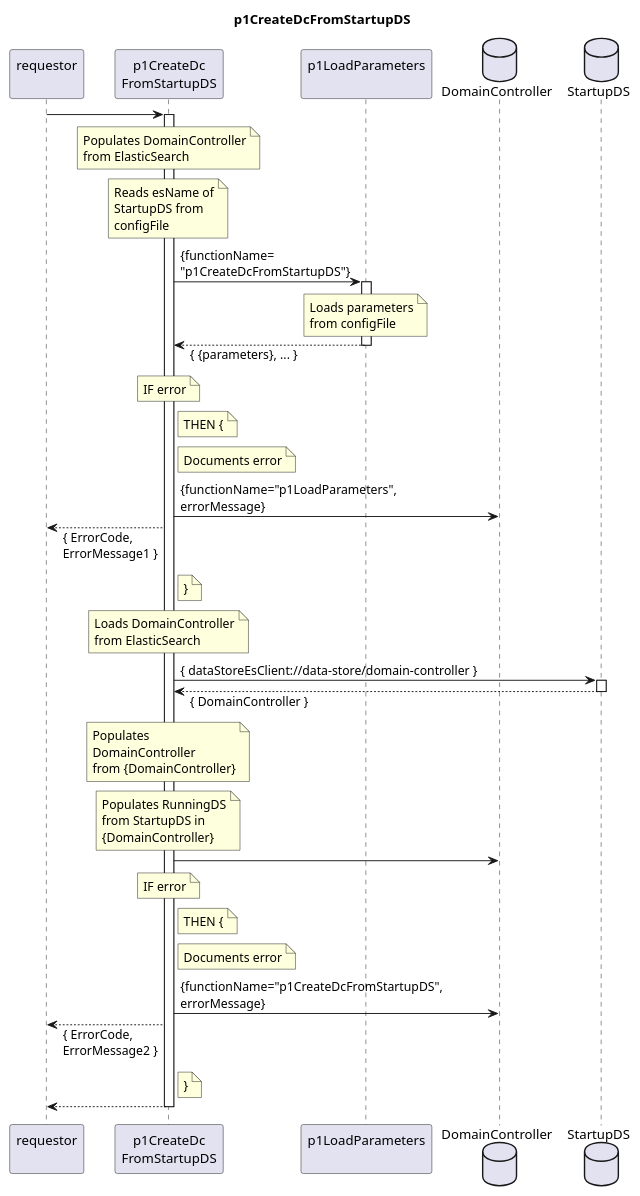
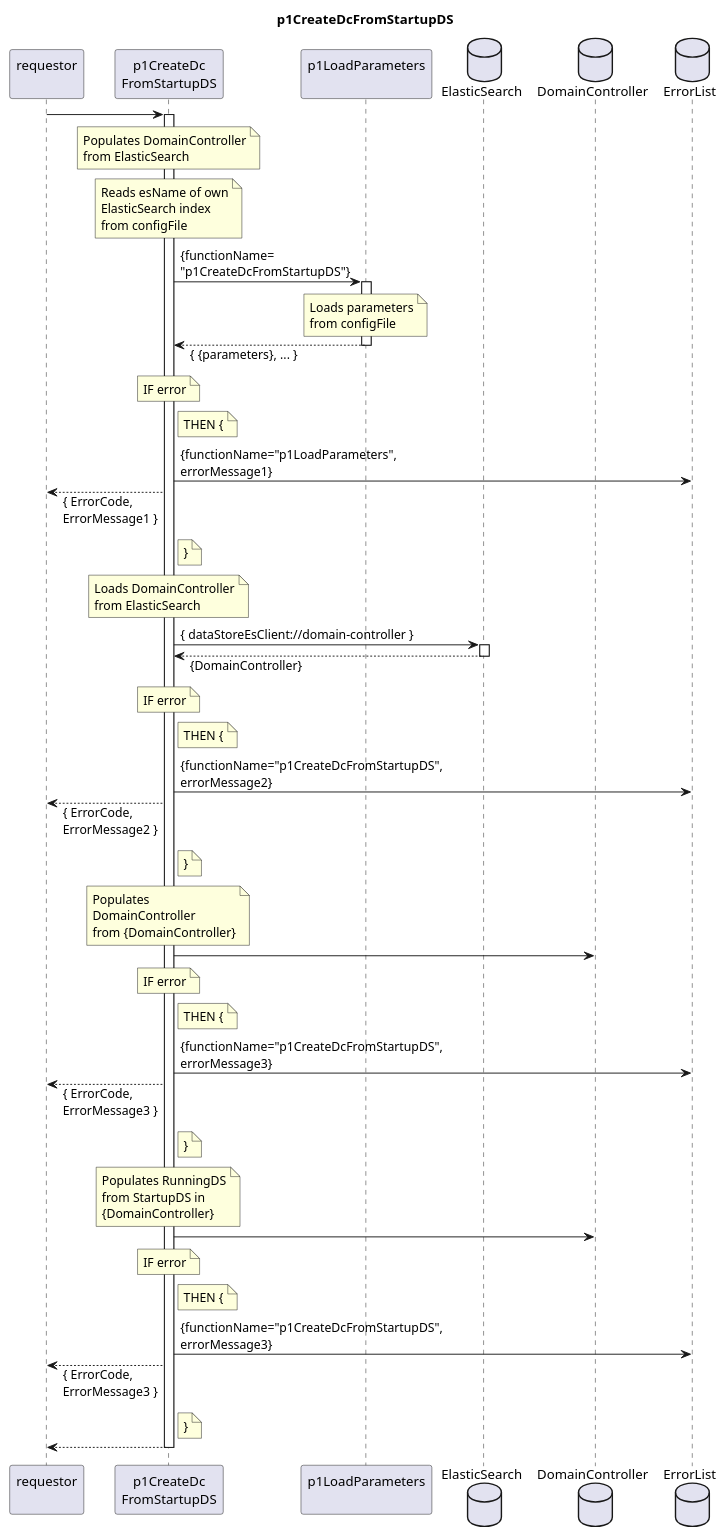
One commit to openBackhaul/FirmWareManager changed the diagram in spec/Functions/Administrative/p1CreateDcFromStartupDS/1.0.0/p1CreateDcFromStartupDS.plantuml. Above: the diagram before and after it, drawn with PlantUML. The commit also changed 14 other files, not shown here.

Commit message:
Finalize sequence in p1LoadEsAddresses

```diff
--- a/spec/Functions/Administrative/p1CreateDcFromStartupDS/1.0.0/p1CreateDcFromStartupDS.plantuml
+++ b/spec/Functions/Administrative/p1CreateDcFromStartupDS/1.0.0/p1CreateDcFromStartupDS.plantuml
@@ -1,86 +1,106 @@
 @startuml p1CreateDcFromStartupDS
 skinparam responseMessageBelowArrow true
 
 title
   p1CreateDcFromStartupDS
 end title
 
 participant "requestor\n" as requestor
 participant "p1CreateDc\nFromStartupDS" as p1CDCFS
 participant "p1LoadParameters\n" as p1LP
+database "ElasticSearch" as StartDS
 database "DomainController" as DC
-database "StartupDS" as StartDS
+database "ErrorList" as hEL
 
 requestor -> p1CDCFS
 activate p1CDCFS
   note over p1CDCFS
     Populates DomainController
     from ElasticSearch
   end note
 
   note over p1CDCFS
-    Reads esName of
-    StartupDS from
-    configFile
+    Reads esName of own
+    ElasticSearch index
+    from configFile
   end note
   p1CDCFS -> p1LP : {functionName=\n"p1CreateDcFromStartupDS"}
   activate p1LP
     note over p1LP
       Loads parameters
       from configFile
     end note
   p1CDCFS <-- p1LP : { {parameters}, ... }
   deactivate p1LP
   note over p1CDCFS
     IF error
   end note
   note right p1CDCFS
     THEN {
   end note
-  note right p1CDCFS
-    Documents error
-  end note
-  p1CDCFS -> DC : {functionName="p1LoadParameters",\nerrorMessage}
+  p1CDCFS -> hEL : {functionName="p1LoadParameters",\nerrorMessage1}
   requestor <-- p1CDCFS : { ErrorCode,\nErrorMessage1 }
   note right p1CDCFS
     }
   end note
 
   note over p1CDCFS
     Loads DomainController
     from ElasticSearch
   end note
-  p1CDCFS -> StartDS: { dataStoreEsClient://data-store/domain-controller }
+  p1CDCFS -> StartDS: { dataStoreEsClient://domain-controller }
   activate StartDS
-  p1CDCFS <-- StartDS: { DomainController }
+  p1CDCFS <-- StartDS: {DomainController}
   deactivate StartDS
+  note over p1CDCFS
+    IF error
+  end note
+  note right p1CDCFS
+    THEN {
+  end note
+  p1CDCFS -> hEL : {functionName="p1CreateDcFromStartupDS",\nerrorMessage2}
+  requestor <-- p1CDCFS : { ErrorCode,\nErrorMessage2 }
+  note right p1CDCFS
+    }
+  end note
 
   note over p1CDCFS
     Populates
     DomainController
     from {DomainController}
   end note
+  p1CDCFS -> DC
+  note over p1CDCFS
+    IF error
+  end note
+  note right p1CDCFS
+    THEN {
+  end note
+  p1CDCFS -> hEL : {functionName="p1CreateDcFromStartupDS",\nerrorMessage3}
+  requestor <-- p1CDCFS : { ErrorCode,\nErrorMessage3 }
+  note right p1CDCFS
+    }
+  end note
+
   note over p1CDCFS
     Populates RunningDS
     from StartupDS in
     {DomainController}
   end note
   p1CDCFS -> DC
   note over p1CDCFS
     IF error
   end note
   note right p1CDCFS
     THEN {
   end note
-  note right p1CDCFS
-    Documents error
-  end note
-  p1CDCFS -> DC : {functionName="p1CreateDcFromStartupDS",\nerrorMessage}
-  requestor <-- p1CDCFS : { ErrorCode,\nErrorMessage2 }
+  p1CDCFS -> hEL : {functionName="p1CreateDcFromStartupDS",\nerrorMessage3}
+  requestor <-- p1CDCFS : { ErrorCode,\nErrorMessage3 }
   note right p1CDCFS
     }
   end note
+
 requestor <-- p1CDCFS
 deactivate p1CDCFS
 
 @enduml
```
